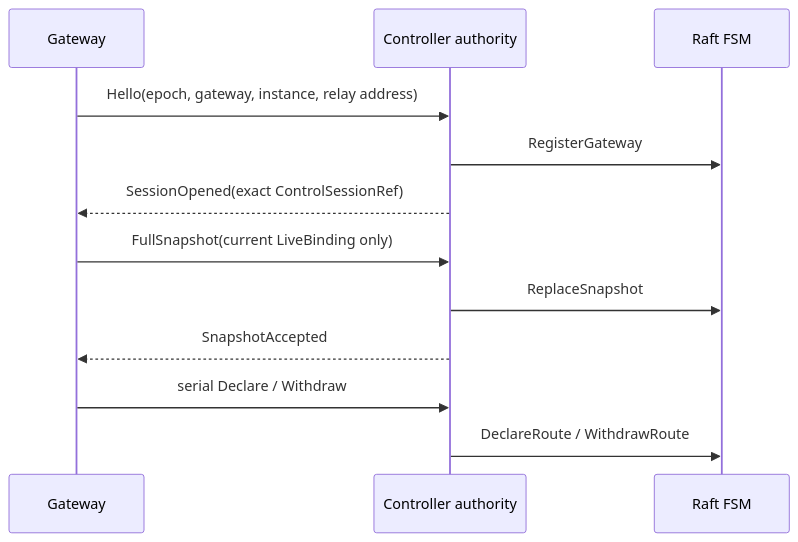
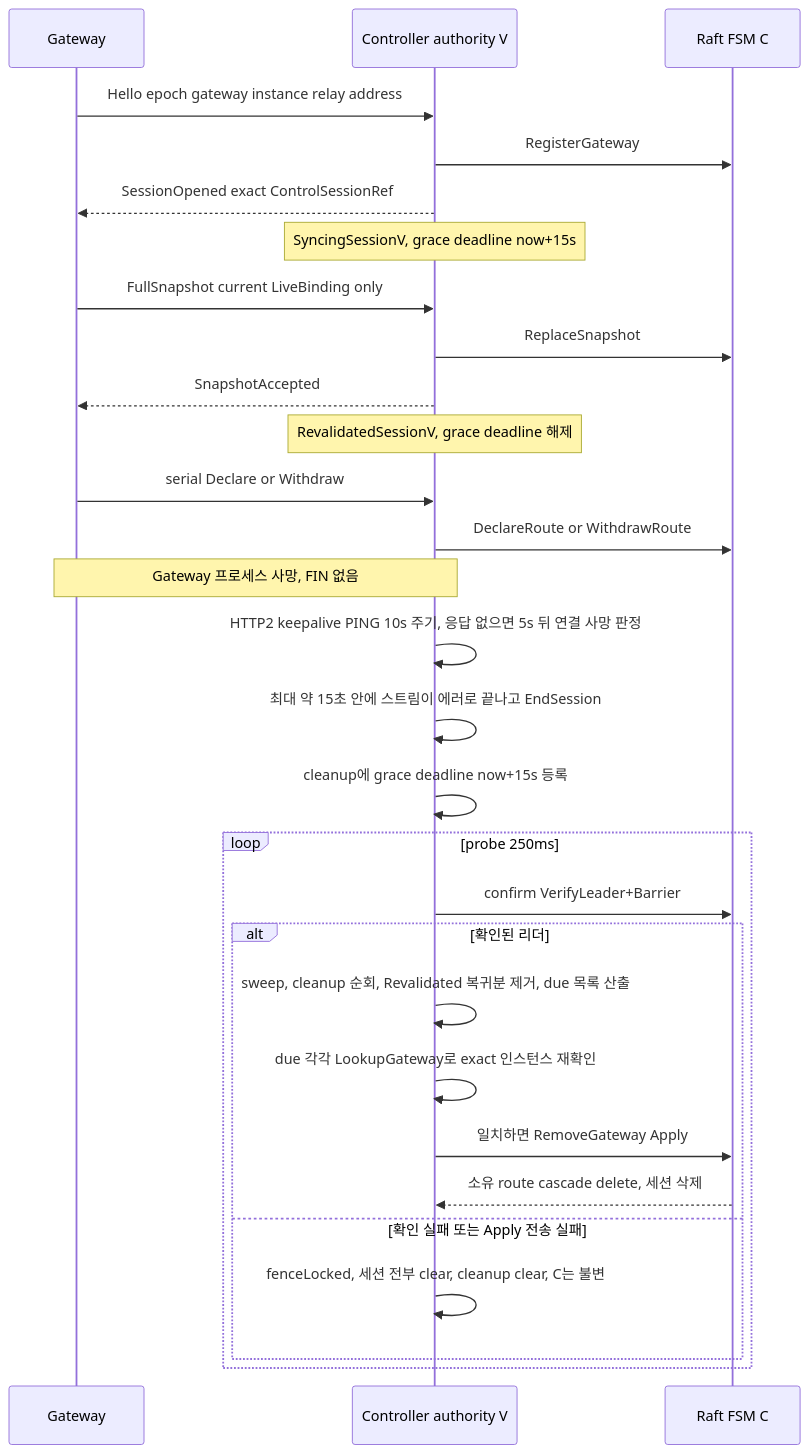
One commit to cagojeiger/relaygate changed the seventh of 11 diagrams in docs/spec/001-system-model.md. Above: the diagram before and after it, drawn with Mermaid. The commit also changed other lines of this file and 5 other files, not shown here.

First line of the commit message:
docs: rewrite control-plane specs with state diagrams

````diff
--- a/docs/spec/001-system-model.md
+++ b/docs/spec/001-system-model.md
@@ -68,14 +174,34 @@
 ```mermaid
 sequenceDiagram
     participant G as Gateway
-    participant A as Controller authority
-    participant R as Raft FSM
-    G->>A: Hello(epoch, gateway, instance, relay address)
+    participant A as Controller authority V
+    participant R as Raft FSM C
+
+    G->>A: Hello epoch gateway instance relay address
     A->>R: RegisterGateway
-    A-->>G: SessionOpened(exact ControlSessionRef)
-    G->>A: FullSnapshot(current LiveBinding only)
+    A-->>G: SessionOpened exact ControlSessionRef
+    Note over A: SyncingSessionV, grace deadline now+15s
+    G->>A: FullSnapshot current LiveBinding only
     A->>R: ReplaceSnapshot
     A-->>G: SnapshotAccepted
-    G->>A: serial Declare / Withdraw
-    A->>R: DeclareRoute / WithdrawRoute
+    Note over A: RevalidatedSessionV, grace deadline 해제
+    G->>A: serial Declare or Withdraw
+    A->>R: DeclareRoute or WithdrawRoute
+
+    Note over G,A: Gateway 프로세스 사망, FIN 없음
+    A->>A: HTTP2 keepalive PING 10s 주기, 응답 없으면 5s 뒤 연결 사망 판정
+    A->>A: 최대 약 15초 안에 스트림이 에러로 끝나고 EndSession
+    A->>A: cleanup에 grace deadline now+15s 등록
+
+    loop probe 250ms
+        A->>R: confirm VerifyLeader+Barrier
+        alt 확인된 리더
+            A->>A: sweep, cleanup 순회, Revalidated 복귀분 제거, due 목록 산출
+            A->>A: due 각각 LookupGateway로 exact 인스턴스 재확인
+            A->>R: 일치하면 RemoveGateway Apply
+            R-->>A: 소유 route cascade delete, 세션 삭제
+        else 확인 실패 또는 Apply 전송 실패
+            A->>A: fenceLocked, 세션 전부 clear, cleanup clear, C는 불변
+        end
+    end
 ```
````
